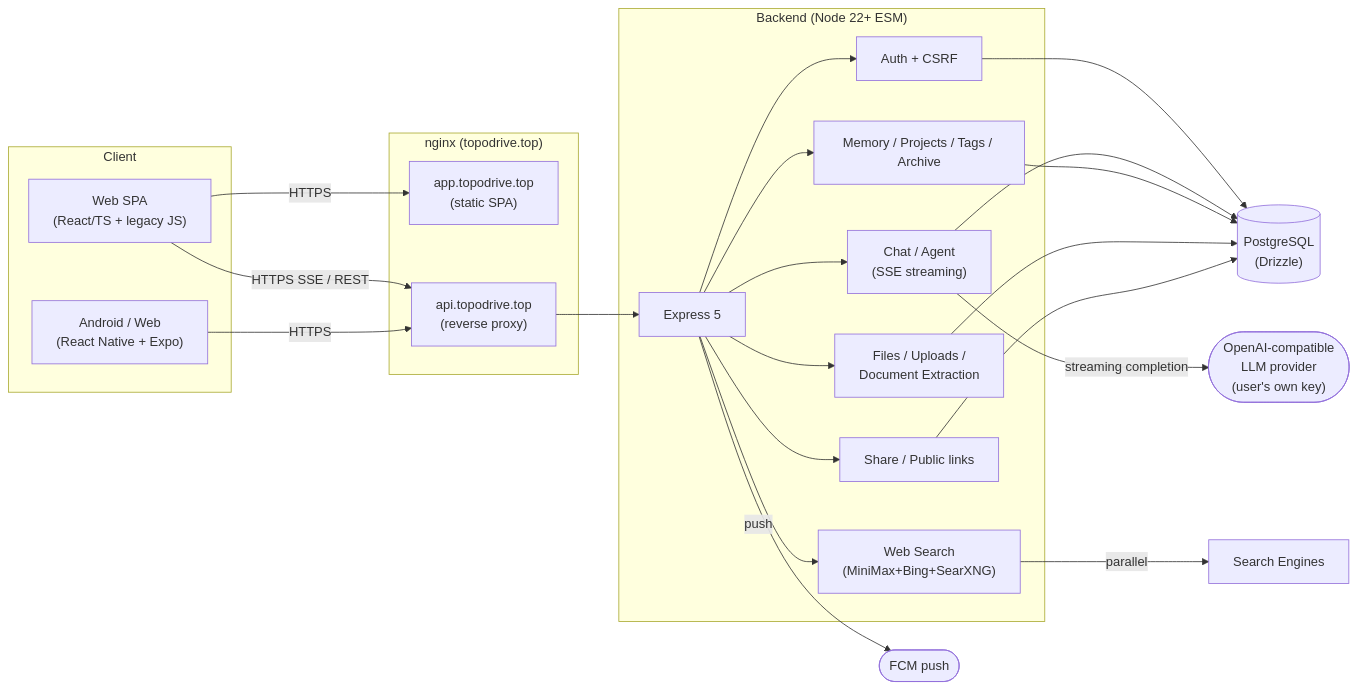
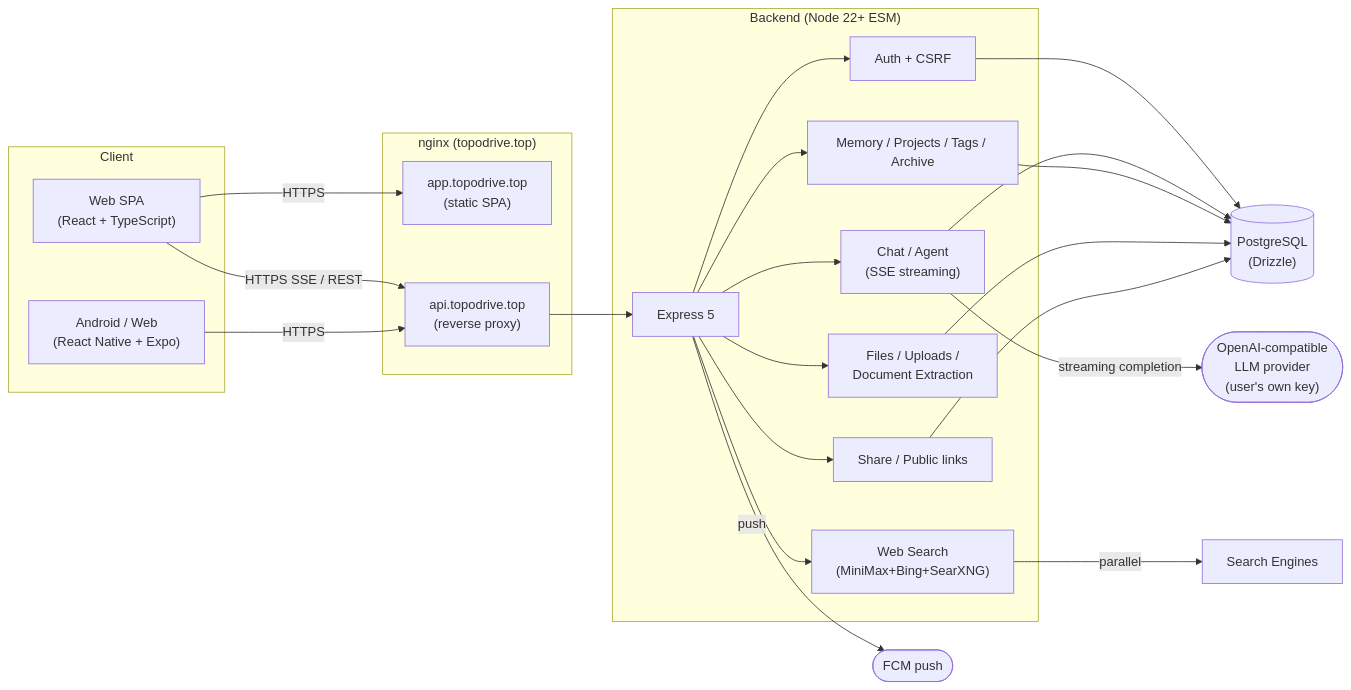
The first of 2 diagrams in README.md (kevenhu001-cyber/Socrates), drawn with Mermaid before and after one commit. The commit also changed other lines of this file and 487 other files, not shown here.

Commit message:
refactor(frontend): finish JavaScript to TypeScript migration

````diff
--- a/README.md
+++ b/README.md
@@ -226,45 +222,45 @@
 ```mermaid
 flowchart LR
   subgraph Client["Client"]
-    SPA["Web SPA<br/>(React/TS + legacy JS)"]
+    SPA["Web SPA<br/>(React + TypeScript)"]
     APK["Android / Web<br/>(React Native + Expo)"]
   end
 
   subgraph Edge["nginx (topodrive.top)"]
     APP["app.topodrive.top<br/>(static SPA)"]
     API["api.topodrive.top<br/>(reverse proxy)"]
   end
 
   subgraph Server["Backend (Node 22+ ESM)"]
     EX["Express 5"]
     AUTH["Auth + CSRF"]
     CHAT["Chat / Agent<br/>(SSE streaming)"]
     MEM["Memory / Projects / Tags / Archive"]
     FILES["Files / Uploads /<br/>Document Extraction"]
     WEB["Web Search<br/>(MiniMax+Bing+SearXNG)"]
     SHARE["Share / Public links"]
   end
 
   DB[("PostgreSQL<br/>(Drizzle)")]
   LLM(["OpenAI-compatible<br/>LLM provider<br/>(user's own key)"])
   FCM(["FCM push"])
 
   SPA -->|HTTPS| APP
   SPA -->|HTTPS SSE / REST| API
   APK -->|HTTPS| API
   API --> EX
   EX --> AUTH
   EX --> CHAT
   EX --> MEM
   EX --> FILES
   EX --> WEB
   EX --> SHARE
   AUTH --> DB
   CHAT --> DB
   CHAT -->|streaming completion| LLM
   MEM --> DB
   FILES --> DB
   WEB -->|parallel| SE["Search Engines"]
   SHARE --> DB
   EX -->|push| FCM
 ```
````
